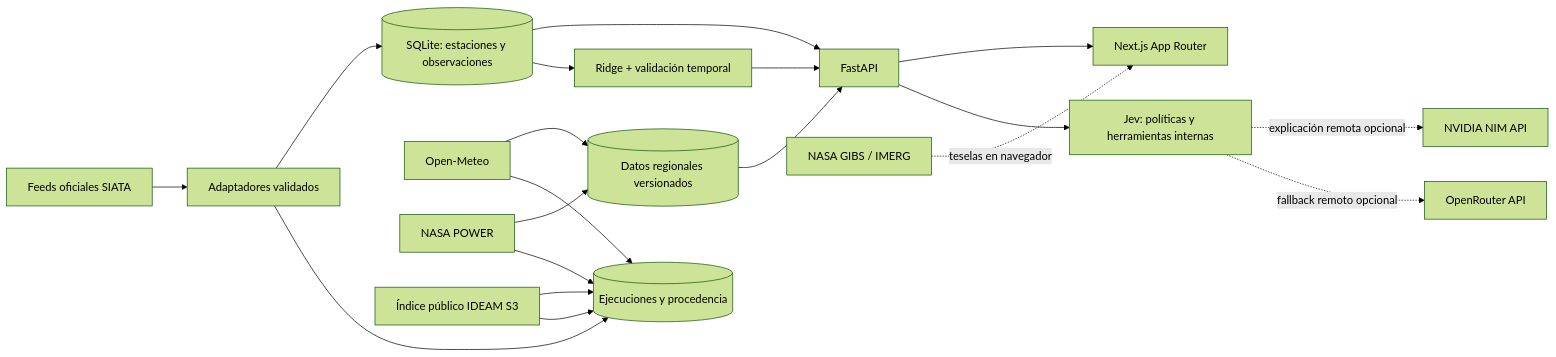
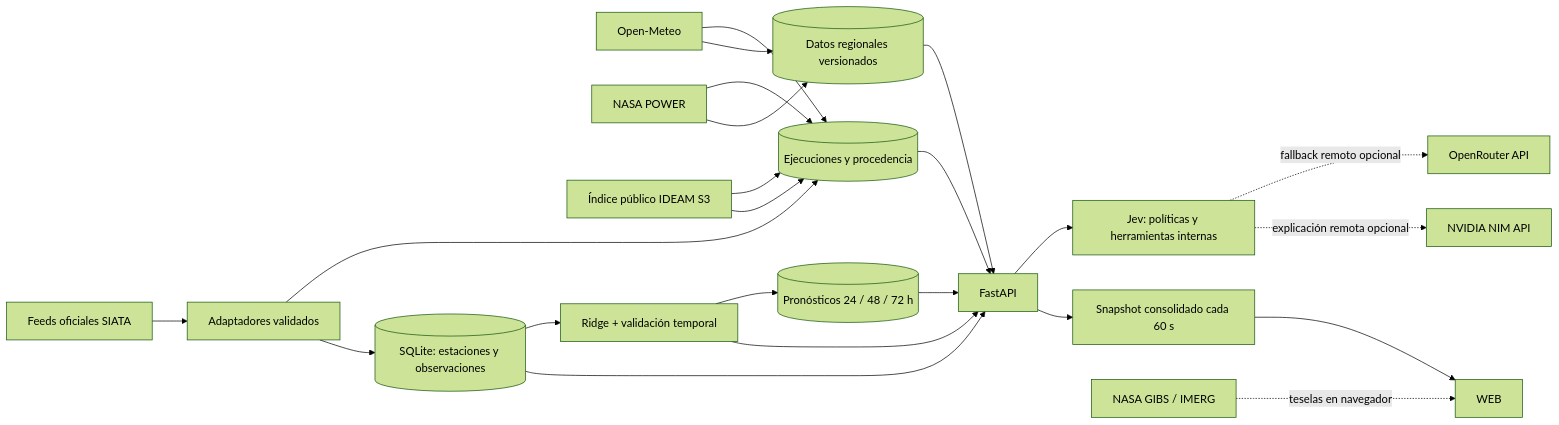
One commit to santiagoarodriguezx/deepclimate changed the diagram in README.md. Above: the diagram before and after it, drawn with Mermaid (forest theme). The commit also changed other lines of this file, not shown here.

````diff
--- a/README.md
+++ b/README.md
@@ -22,21 +27,25 @@
 ```mermaid
 flowchart LR
   SIATA[Feeds oficiales SIATA] --> ING[Adaptadores validados]
   ING --> OBS[(SQLite: estaciones y observaciones)]
   MET[Open-Meteo] --> REG[(Datos regionales versionados)]
   POWER[NASA POWER] --> REG
   RADAR[Índice público IDEAM S3] --> RUNS[(Ejecuciones y procedencia)]
   ING --> RUNS
   MET --> RUNS
   POWER --> RUNS
   RADAR --> RUNS
   REG --> API[FastAPI]
   OBS --> API
-  API --> WEB[Next.js App Router]
   OBS --> ML[Ridge + validación temporal]
   ML --> API
+  ML --> FCAST[(Pronósticos 24 / 48 / 72 h)]
+  FCAST --> API
+  RUNS --> API
+  API --> SNAP[Snapshot consolidado cada 60 s]
+  SNAP --> WEB
   API --> JEV[Jev: políticas y herramientas internas]
   JEV -. explicación remota opcional .-> NIM[NVIDIA NIM API]
   JEV -. fallback remoto opcional .-> OR[OpenRouter API]
   GIBS[NASA GIBS / IMERG] -. teselas en navegador .-> WEB
 ```
````
